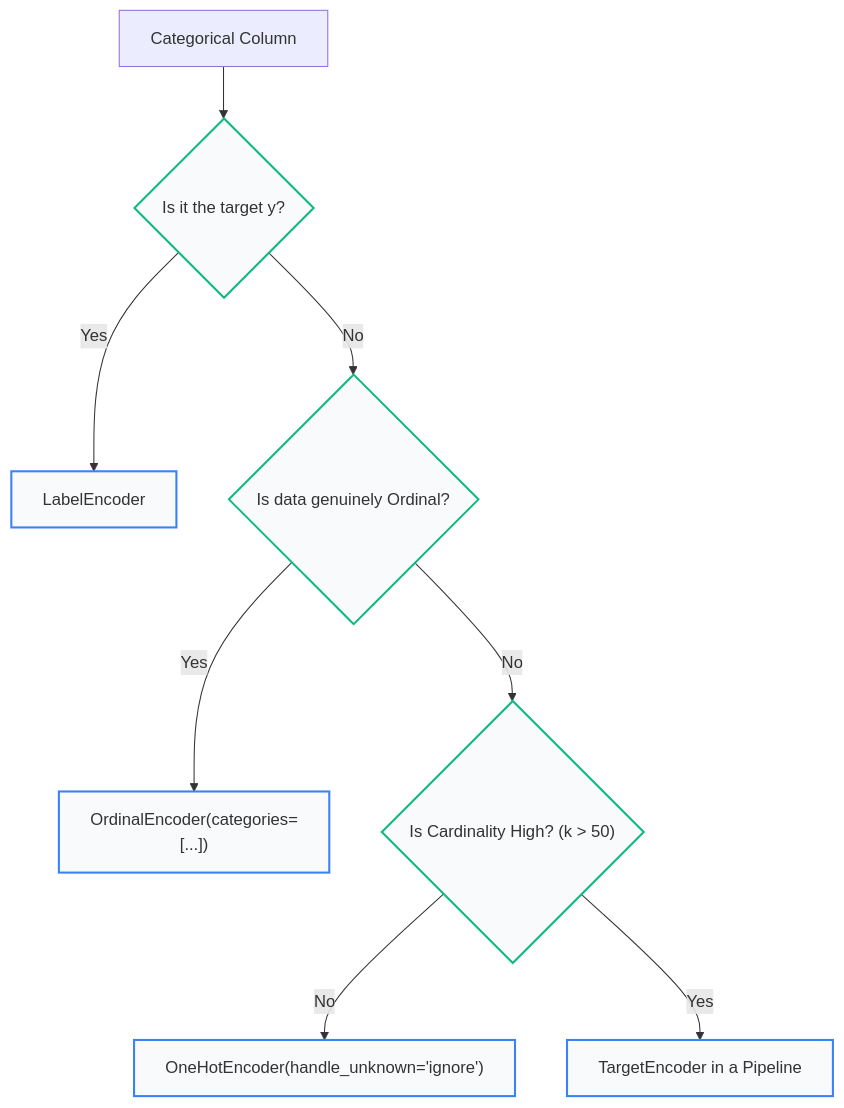
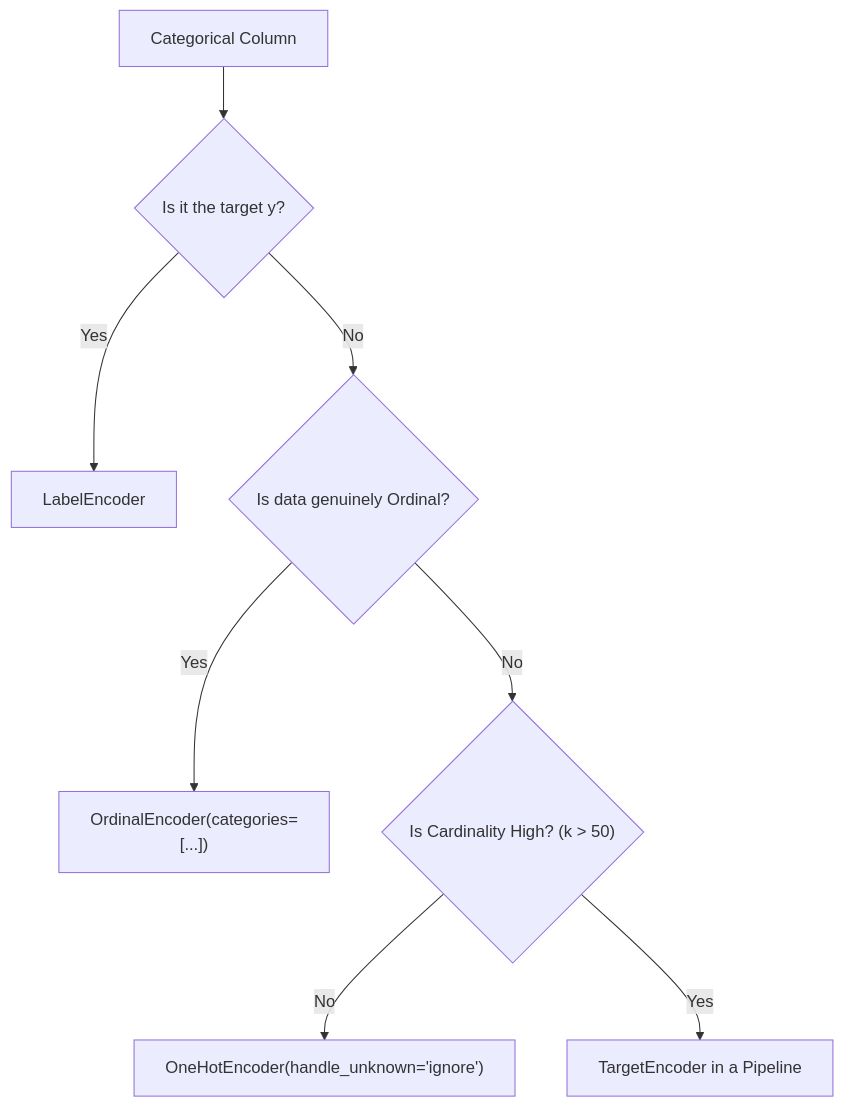
Before and after one commit to vettrivel-kl/vettrivel-kl.github.io: the diagram in docs/Machine-Learning-Algorithms/02-data-preprocessing/03-encoding-categorical-data.mdx, drawn with Mermaid. The commit also changed 51 other files, not shown here.

````diff
--- a/docs/Machine-Learning-Algorithms/02-data-preprocessing/03-encoding-categorical-data.mdx
+++ b/docs/Machine-Learning-Algorithms/02-data-preprocessing/03-encoding-categorical-data.mdx
@@ -634,16 +634,10 @@
 ```mermaid
 graph TD
-    classDef step fill:#f8fafc,stroke:#3b82f6,stroke-width:2px;
-    classDef choice fill:#f8fafc,stroke:#10b981,stroke-width:2px;
-
     A["Categorical Column"] --> B{"Is it the target y?"}
     B -- "Yes" --> C["LabelEncoder"]
     B -- "No" --> D{"Is data genuinely Ordinal?"}
     D -- "Yes" --> E["OrdinalEncoder(categories=[...])"]
     D -- "No" --> F{"Is Cardinality High? (k > 50)"}
     F -- "No" --> G["OneHotEncoder(handle_unknown='ignore')"]
     F -- "Yes" --> H["TargetEncoder in a Pipeline"]
-
-    class B,D,F choice;
-    class C,E,G,H step;
 ```
````
